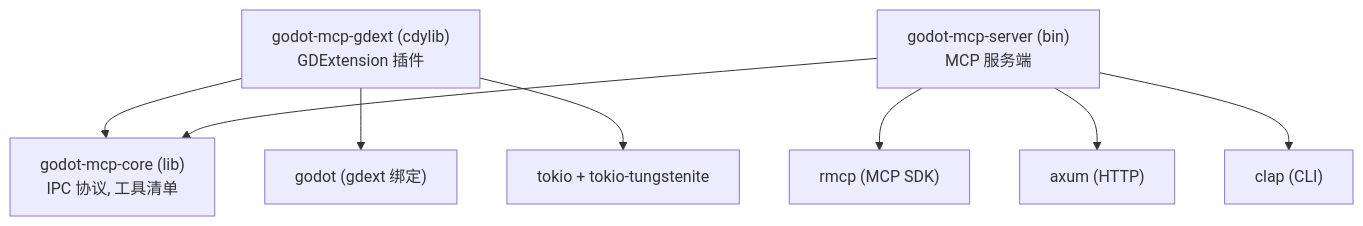
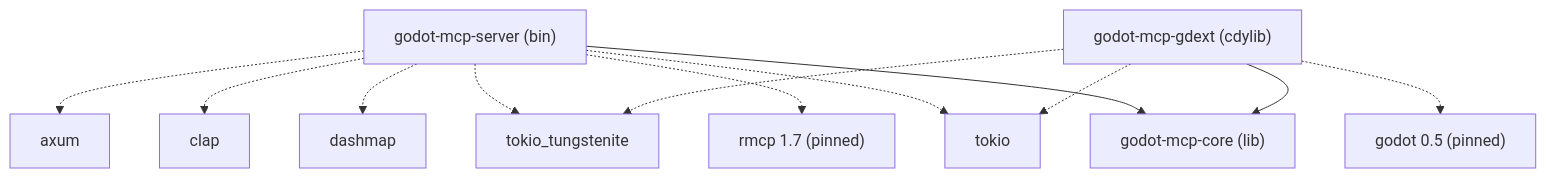
The diagram in .repo_wiki/specification/workspace.md (jesspig/GodotMCP-GDExtension), drawn with Mermaid before and after one commit. The commit also changed other lines of this file and 30 other files, not shown here.

````diff
--- a/.repo_wiki/specification/workspace.md
+++ b/.repo_wiki/specification/workspace.md
@@ -28,16 +33,20 @@
 ```mermaid
 graph TD
-    core["godot-mcp-core (lib)<br/>IPC 协议, 工具清单"]
-    gdext["godot-mcp-gdext (cdylib)<br/>GDExtension 插件"]
-    server["godot-mcp-server (bin)<br/>MCP 服务端"]
+    core["godot-mcp-core (lib)"]
+    server["godot-mcp-server (bin)"]
+    gdext["godot-mcp-gdext (cdylib)"]
 
+    server --> core
     gdext --> core
-    server --> core
 
-    gdext --> godot["godot (gdext 绑定)"]
-    gdext --> tokio["tokio + tokio-tungstenite"]
+    server -.-> rmcp["rmcp 1.7 (pinned)"]
+    server -.-> tokio
+    server -.-> tokio_tungstenite
+    server -.-> dashmap
+    server -.-> clap
+    server -.-> axum
 
-    server --> rmcp["rmcp (MCP SDK)"]
-    server --> axum["axum (HTTP)"]
-    server --> clap["clap (CLI)"]
+    gdext -.-> godot["godot 0.5 (pinned)"]
+    gdext -.-> tokio
+    gdext -.-> tokio_tungstenite
 ```
````
